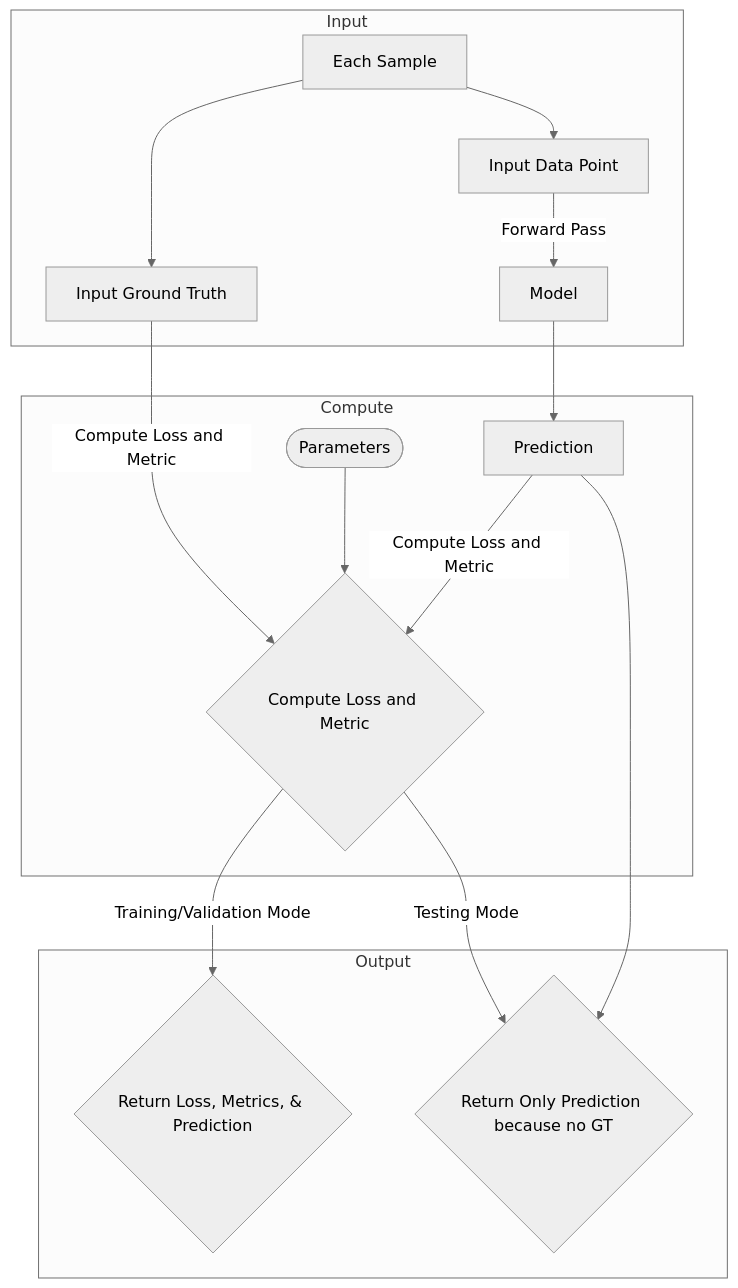
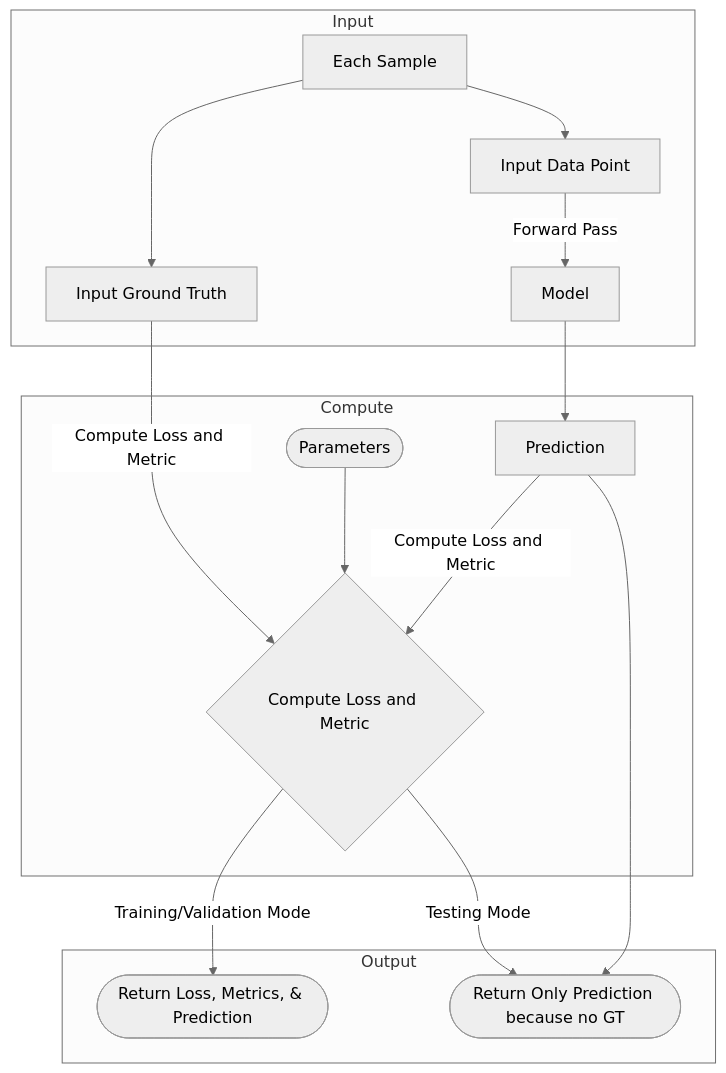
Before and after one commit to szmazurek/GaNDLF: the seventh of 8 diagrams in docs/flowchart.md, drawn with Mermaid (neutral theme). The commit also changed other lines of this file, not shown here.

Commit message:
updated charts

````diff
--- a/docs/flowchart.md
+++ b/docs/flowchart.md
@@ -105,22 +103,22 @@
 ```mermaid
 flowchart TD
     subgraph Input
         Each_Sample[Each Sample] --> Input_GroundTruth[Input Ground Truth]
         Each_Sample --> Input_DataPoint[Input Data Point]
         Input_DataPoint -->|Forward Pass| model[Model]
     end
     
     subgraph Compute
         Input_GroundTruth -->|Compute Loss and Metric| type{Compute Loss and Metric}
         model --> Prediction[Prediction]
         Prediction -->|Compute Loss and Metric| type
         parameters([Parameters]) --> type
     end
     
     subgraph Output
-        type -->|Training/Validation Mode| Loss_Return{Return Loss, Metrics, & Prediction}
-        type -->|Testing Mode| Inference_Return{Return Only Prediction because no GT}
+        type -->|Training/Validation Mode| Loss_Return([Return Loss, Metrics, & Prediction])
+        type -->|Testing Mode| Inference_Return([Return Only Prediction because no GT])
         Prediction --> Inference_Return
     end
 
 ```
````
